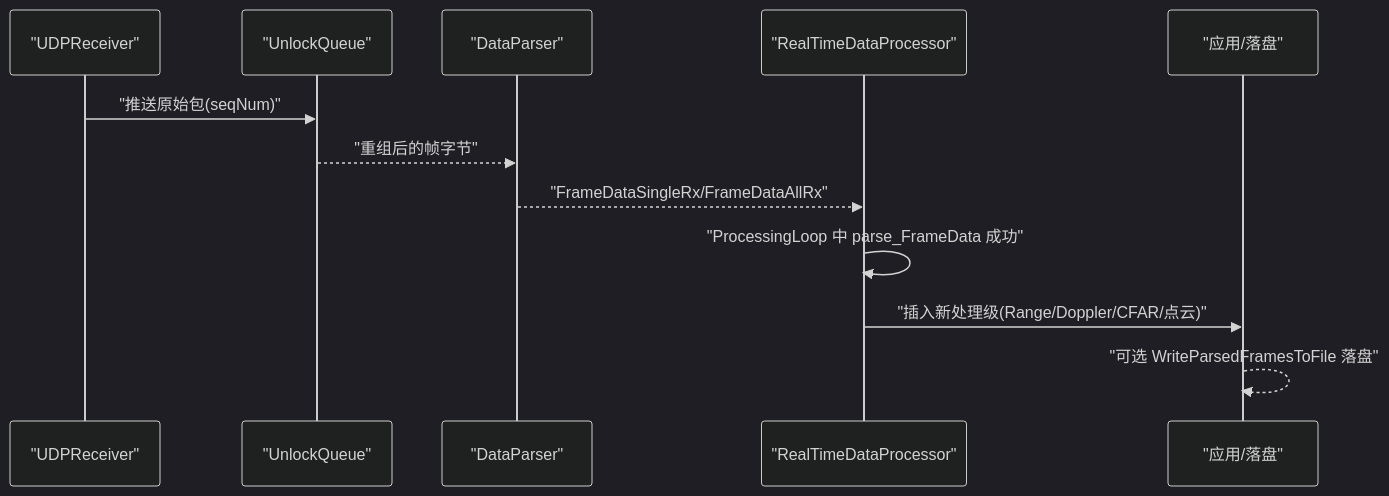
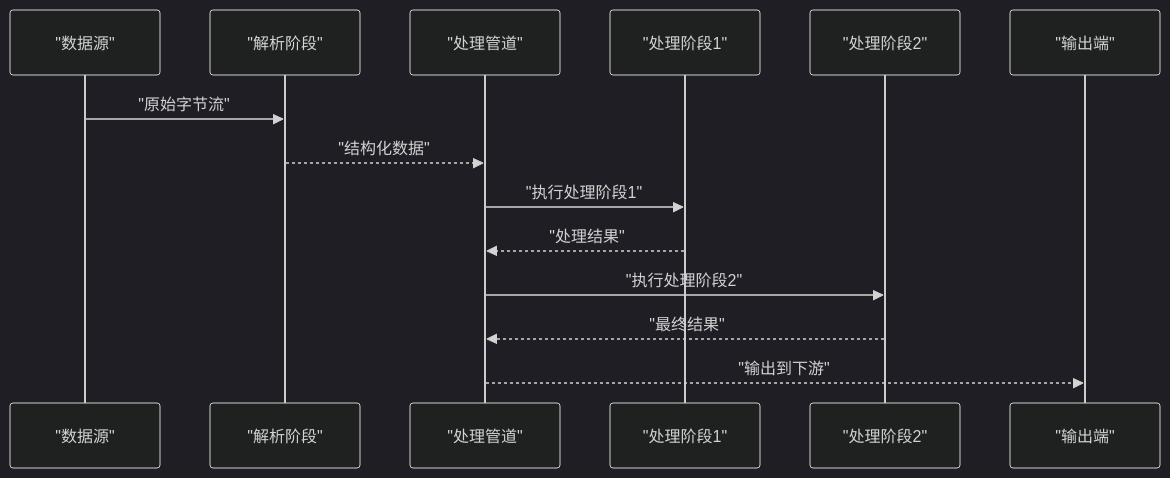
The second of 3 diagrams in .qoder/repowiki/zh/content/数据处理流程扩展开发指南.md (Lukad77/awr1843-radar-toolkit), drawn with Mermaid (dark theme) before and after one commit. The commit also changed other lines of this file and 5 other files, not shown here.

````diff
--- a/.qoder/repowiki/zh/content/数据处理流程扩展开发指南.md
+++ b/.qoder/repowiki/zh/content/数据处理流程扩展开发指南.md
@@ -96,14 +101,16 @@
 ```mermaid
 sequenceDiagram
-participant Net as "UDPReceiver"
-participant Q as "UnlockQueue"
-participant P as "DataParser"
-participant RT as "RealTimeDataProcessor"
-participant App as "应用/落盘"
-Net->>Q : "推送原始包(seqNum)"
-Q-->>P : "重组后的帧字节"
-P-->>RT : "FrameDataSingleRx/FrameDataAllRx"
-RT->>RT : "ProcessingLoop 中 parse_FrameData 成功"
-RT->>App : "插入新处理级(Range/Doppler/CFAR/点云)"
-App-->>App : "可选 WriteParsedFramesToFile 落盘"
+participant Source as "数据源"
+participant Parser as "解析阶段"
+participant Pipeline as "处理管道"
+participant Stage1 as "处理阶段1"
+participant Stage2 as "处理阶段2"
+participant Sink as "输出端"
+Source->>Parser : "原始字节流"
+Parser-->>Pipeline : "结构化数据"
+Pipeline->>Stage1 : "执行处理阶段1"
+Stage1-->>Pipeline : "处理结果"
+Pipeline->>Stage2 : "执行处理阶段2"
+Stage2-->>Pipeline : "最终结果"
+Pipeline-->>Sink : "输出到下游"
 ```
````
